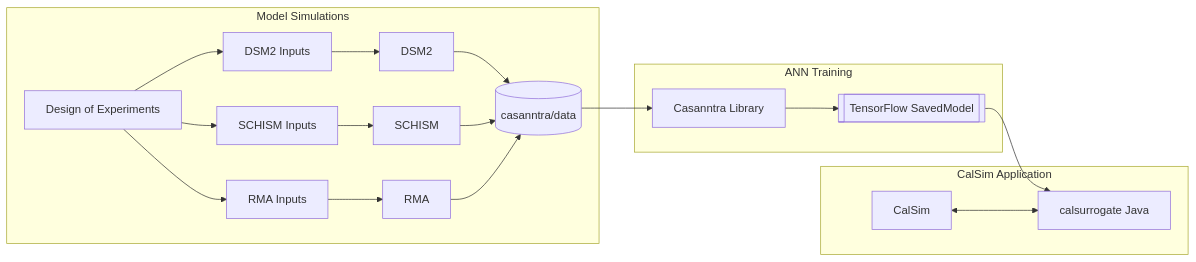
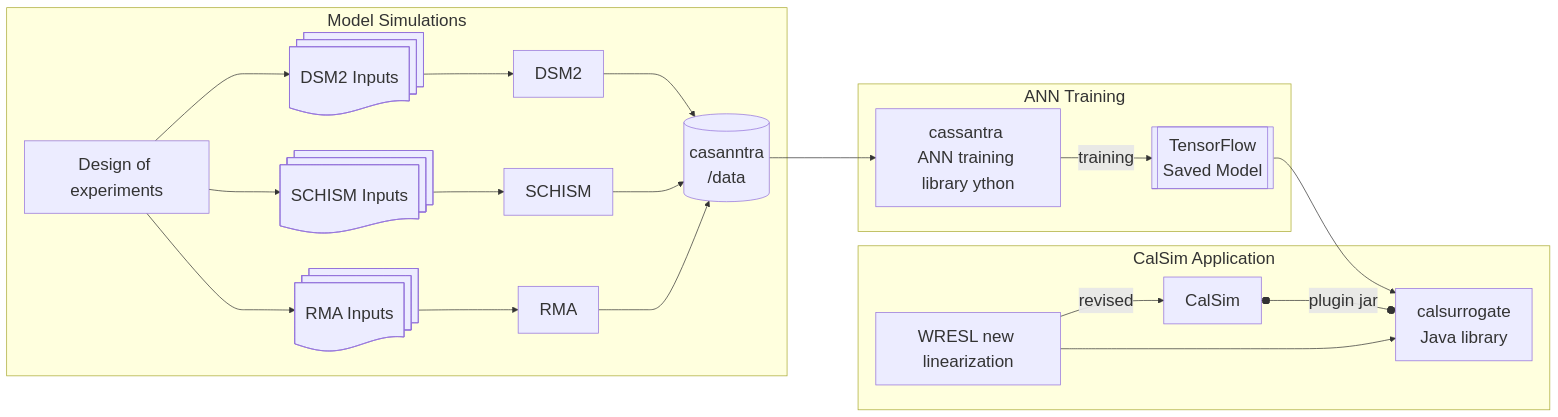
One commit to CADWRDeltaModeling/casanntra changed the diagram in README.md. Above: the diagram before and after it, drawn with Mermaid. The commit also changed other lines of this file, not shown here.

````diff
--- a/README.md
+++ b/README.md
@@ -279,24 +5,30 @@
 ```mermaid
+
+%%{init: { "themeVariables": { "fontSize": "24px" } }}%%
 flowchart LR
-    subgraph "Model Simulations"
-        doe[Design of Experiments] --> indsm2[DSM2 Inputs]
-        doe --> inschism[SCHISM Inputs]
-        doe --> inrma[RMA Inputs]
-        indsm2 --> dsm2[DSM2]
-        inschism --> schism[SCHISM]
-        inrma --> rma[RMA]
-        dsm2 --> data[(casanntra/data)]
-        schism --> data
-        rma --> data
+    subgraph Model Simulations 
+    doe[Design of experiments] ---> indsm2@{ shape: docs, label: "DSM2 Inputs"}
+	doe ---> inschism@{shape: docs, label: "SCHISM Inputs"}
+	doe ---> inrma@{shape: docs, label: "RMA Inputs"}
+    indsm2 ---> dsm2[DSM2]
+    inschism ---> schism[SCHISM]
+    inrma ---> rma[RMA]
+	dsm2 ---> cassdata@{shape: cyl, label: "casanntra\n/data"}
+	schism --->cassdata
+	rma ---> cassdata
     end
 
-    subgraph "ANN Training"
-        data --> casanntra[Casanntra Library]
-        casanntra --> tf[[TensorFlow SavedModel]]
+    subgraph ANN Training
+    cassdata ---> casanntra@{shape: rect, label: "cassantra \nANN training library\Python"}
+    casanntra --training--> tf[[TensorFlow 
+                     Saved Model]]
     end
 
-    subgraph "CalSim Application"
-        tf --> calsur[calsurrogate Java]
-        CalSim <--> calsur
+    subgraph CalSim Application
+    tf --> calsur@{shape: rect, label: "calsurrogate\nJava library"}
+    wresl[WRESL new linearization] --revised--> CalSim
+    CalSim o--plugin jar--o calsur
+    wresl ---> calsur
     end
-```
+
+```	
````
